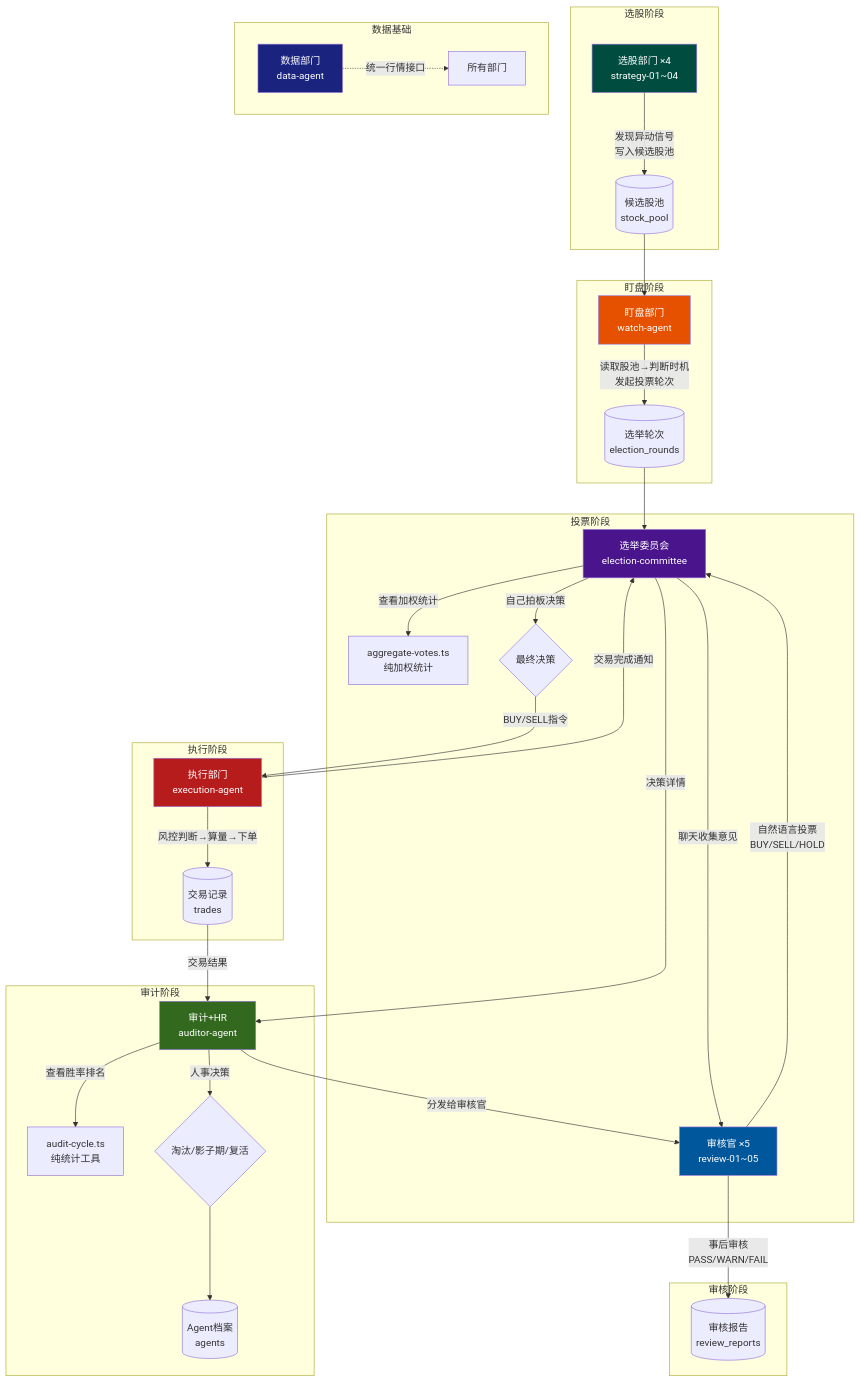
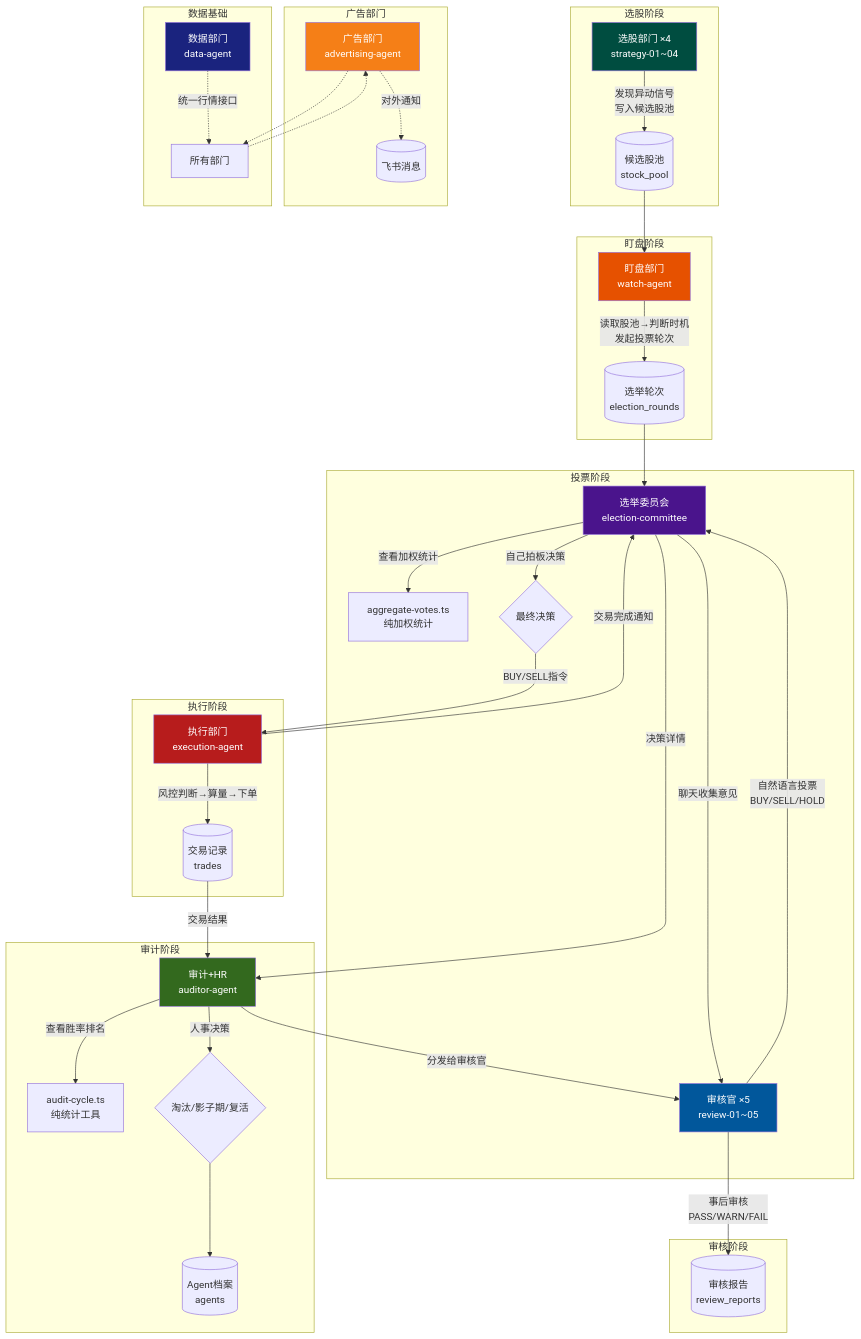
Before and after one commit to fantian007/hermes-trading-system: the first of 6 diagrams in docs/architecture.md, drawn with Mermaid. The commit also changed other lines of this file and 17 other files, not shown here.

````diff
--- a/docs/architecture.md
+++ b/docs/architecture.md
@@ -24,50 +24,58 @@
 ```mermaid
 graph TB
     subgraph "选股阶段"
         SELECTOR[选股部门 ×4<br/>strategy-01~04] -->|"发现异动信号<br/>写入候选股池"| POOL[(候选股池<br/>stock_pool)]
     end
 
     subgraph "盯盘阶段"
         POOL --> WATCH[盯盘部门<br/>watch-agent]
         WATCH -->|"读取股池→判断时机<br/>发起投票轮次"| ROUND[(选举轮次<br/>election_rounds)]
     end
 
     subgraph "投票阶段"
         ROUND --> EC[选举委员会<br/>election-committee]
         EC -->|"聊天收集意见"| REVIEW[审核官 ×5<br/>review-01~05]
         REVIEW -->|"自然语言投票<br/>BUY/SELL/HOLD"| EC
         EC -->|"查看加权统计"| AGG[aggregate-votes.ts<br/>纯加权统计]
         EC -->|"自己拍板决策"| DECISION{最终决策}
     end
 
     subgraph "执行阶段"
         DECISION -->|"BUY/SELL指令"| EXEC[执行部门<br/>execution-agent]
         EXEC -->|"风控判断→算量→下单"| TRADE[(交易记录<br/>trades)]
         EXEC -->|"交易完成通知"| EC
     end
 
     subgraph "审计阶段"
         TRADE -->|"交易结果"| AUDITOR[审计+HR<br/>auditor-agent]
         AUDITOR -->|"查看胜率排名"| STATS[audit-cycle.ts<br/>纯统计工具]
         AUDITOR -->|"人事决策"| PERSONNEL{淘汰/影子期/复活}
         PERSONNEL --> AGENTS[(Agent档案<br/>agents)]
     end
 
     subgraph "审核阶段"
         EC -->|"决策详情"| AUDITOR
         AUDITOR -->|"分发给审核官"| REVIEW
         REVIEW -->|"事后审核<br/>PASS/WARN/FAIL"| REPORTS[(审核报告<br/>review_reports)]
     end
 
+    subgraph "广告部门"
+        AD[广告部门<br/>advertising-agent] -.->|"对外通知"| FEISHU[(飞书消息)]
+    end
+
     subgraph "数据基础"
         DATA[数据部门<br/>data-agent] -.->|"统一行情接口"| ALL[所有部门]
     end
 
+    AD -.-> ALL
+    ALL -.-> AD
+
+    style AD fill:#f57f17,color:#fff
     style DATA fill:#1a237e,color:#fff
     style SELECTOR fill:#004d40,color:#fff
     style WATCH fill:#e65100,color:#fff
     style EC fill:#4a148c,color:#fff
     style REVIEW fill:#01579b,color:#fff
     style EXEC fill:#b71c1c,color:#fff
     style AUDITOR fill:#33691e,color:#fff
 ```
````
